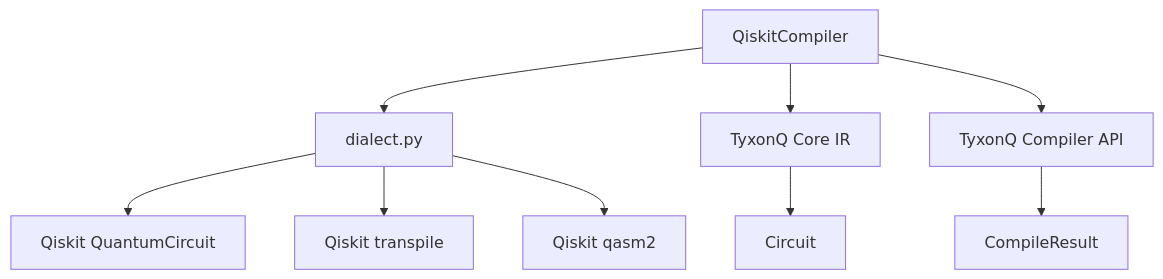
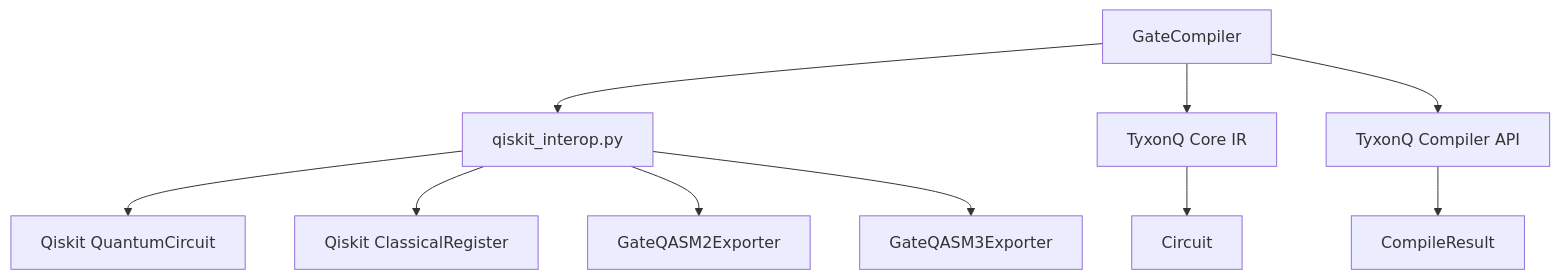
Before and after one commit to QureGenAI-Biotech/TyxonQ: the sixth of 6 diagrams in .qoder/repowiki/en/content/Backend Compilers/Qiskit Compiler.md, drawn with Mermaid. The commit also changed other lines of this file and 516 other files, not shown here.

````diff
--- a/.qoder/repowiki/en/content/Backend Compilers/Qiskit Compiler.md
+++ b/.qoder/repowiki/en/content/Backend Compilers/Qiskit Compiler.md
@@ -184,11 +187,12 @@
 ```mermaid
 graph TD
-A[QiskitCompiler] --> B[dialect.py]
+A[GateCompiler] --> B[qiskit_interop.py]
 B --> C[Qiskit QuantumCircuit]
-B --> D[Qiskit transpile]
-B --> E[Qiskit qasm2]
-A --> F[TyxonQ Core IR]
-F --> G[Circuit]
-A --> H[TyxonQ Compiler API]
-H --> I[CompileResult]
+B --> D[Qiskit ClassicalRegister]
+B --> E[GateQASM2Exporter]
+B --> F[GateQASM3Exporter]
+A --> G[TyxonQ Core IR]
+G --> H[Circuit]
+A --> I[TyxonQ Compiler API]
+I --> J[CompileResult]
 ```
````
